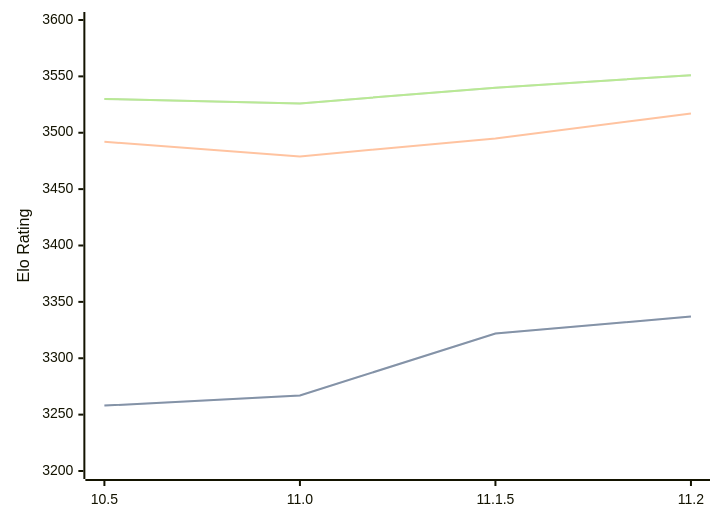
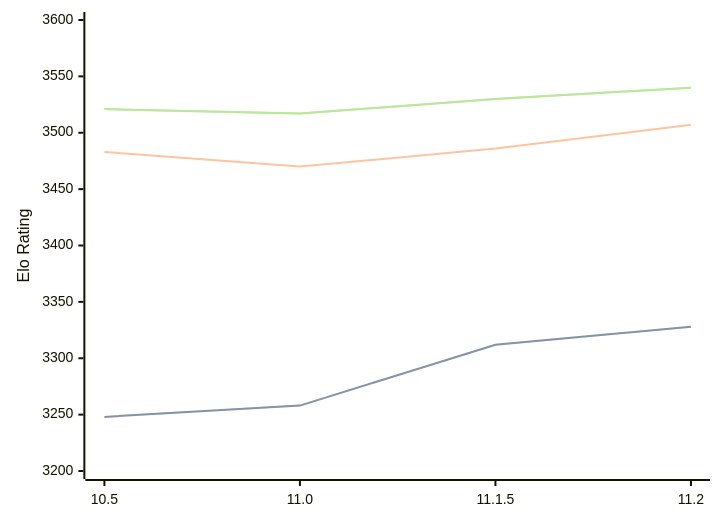
One commit to computer-chess-index/cci changed the diagram in engines/Lizard.md. Above: the diagram before and after it, drawn with Mermaid. The commit also changed other lines of this file, not shown here.

Commit message:
Update CCI Ratings (ELO VLTC) - 2026-03-19

````diff
--- a/engines/Lizard.md
+++ b/engines/Lizard.md
@@ -44,11 +44,11 @@
 ```mermaid
 %%{init: {"theme":"base","themeVariables":{"seriesColors:['#a3a3a3','#222221','#faa371']}}}%%
 xychart-beta
   x-axis ["10.5", "11.0", "11.1.5", "11.2"]
   y-axis "Elo Rating" 3200 --> 3600
-  line "STC (8.0+0.08s)" [3258, 3267, 3322, 3337]
-  line "STC (8.0+0.08s)" [3258, 3267, 3322, 3337]
-  line "LTC (60.0+0.60s)" [3492, 3479, 3495, 3517]
-  line "VLTC (2m24s+1.12s)" [3530, 3526, 3540, 3551]
-  line "VLTC (2m24s+1.12s)" [3530, 3526, 3540, 3551]
+  line "STC (8.0+0.08s)" [3248, 3258, 3312, 3328]
+  line "STC (8.0+0.08s)" [3248, 3258, 3312, 3328]
+  line "LTC (60.0+0.60s)" [3483, 3470, 3486, 3507]
+  line "VLTC (2m24s+1.12s)" [3521, 3517, 3530, 3540]
+  line "VLTC (2m24s+1.12s)" [3521, 3517, 3530, 3540]
 ```
````
